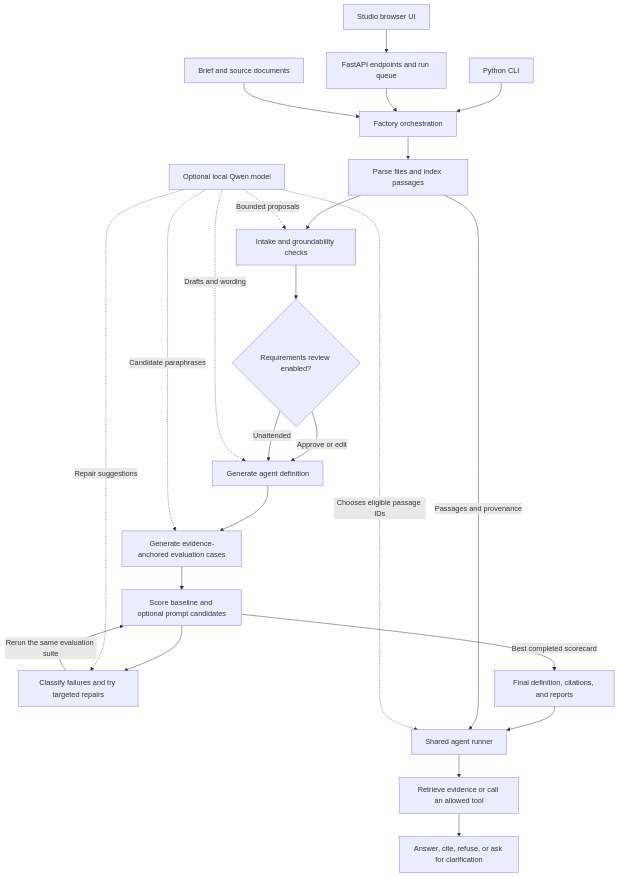
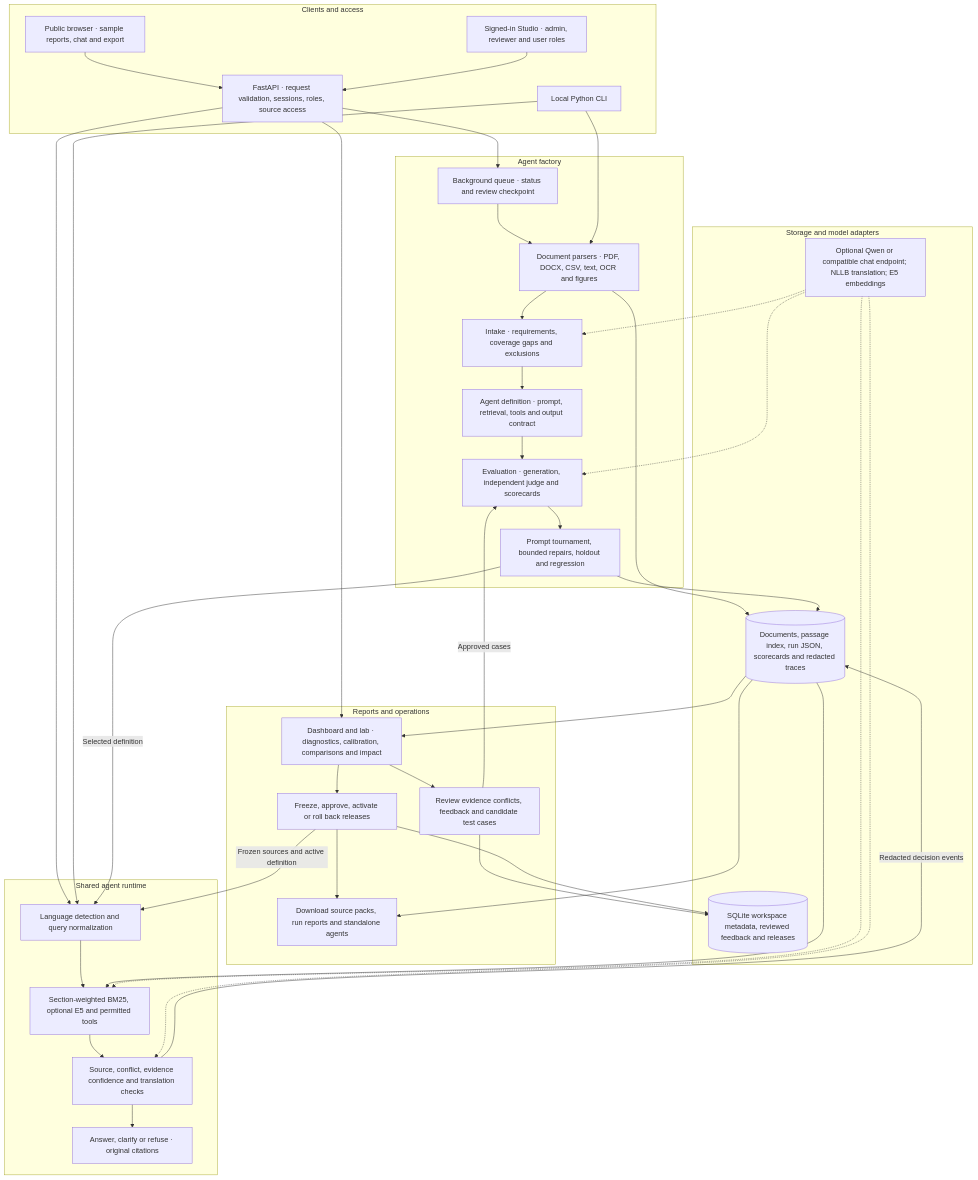
Before and after one commit to SrijanSingh2006/Ocean-AI-Assignment-ForgeAI: the first of 3 diagrams in README.md, drawn with Mermaid. The commit also changed other lines of this file and 49 other files, not shown here.

Commit message:
Streamline the ForgeAI submission and document the architecture

````diff
--- a/README.md
+++ b/README.md
@@ -95,26 +51,65 @@
-```mermaid
+~~~mermaid
 flowchart TB
-    U["Studio browser UI"] --> W["FastAPI endpoints and run queue"]
-    C["Python CLI"] --> F
-    W --> F["Factory orchestration"]
-    X["Brief and source documents"] --> F
-    F --> I["Parse files and index passages"]
-    I --> R["Intake and groundability checks"]
-    R --> H{"Requirements review enabled?"}
-    H -->|Approve or edit| D["Generate agent definition"]
-    H -->|Unattended| D
-    D --> E["Generate evidence-anchored evaluation cases"]
-    E --> J["Score baseline and optional prompt candidates"]
-    J --> P["Classify failures and try targeted repairs"]
-    P -->|Rerun the same evaluation suite| J
-    J -->|Best completed scorecard| A["Final definition, citations, and reports"]
-    A --> G["Shared agent runner"]
-    I -->|Passages and provenance| G
-    G --> T["Retrieve evidence or call an allowed tool"]
-    T --> Q["Answer, cite, refuse, or ask for clarification"]
-    M["Optional local Qwen model"] -.->|Bounded proposals| R
-    M -.->|Drafts and wording| D
-    M -.->|Candidate paraphrases| E
-    M -.->|Repair suggestions| P
-    M -.->|Chooses eligible passage IDs| G
-```
+    subgraph Access["Clients and access"]
+        Guest["Public browser · sample reports, chat and export"]
+        Staff["Signed-in Studio · admin, reviewer and user roles"]
+        CLI["Local Python CLI"]
+        API["FastAPI · request validation, sessions, roles, source access"]
+        Guest --> API
+        Staff --> API
+    end
+
+    subgraph Build["Agent factory"]
+        Queue["Background queue · status and review checkpoint"]
+        Parse["Document parsers · PDF, DOCX, CSV, text, OCR and figures"]
+        Intake["Intake · requirements, coverage gaps and exclusions"]
+        Definition["Agent definition · prompt, retrieval, tools and output contract"]
+        Eval["Evaluation · generation, independent judge and scorecards"]
+        Repair["Prompt tournament, bounded repairs, holdout and regression"]
+        Queue --> Parse --> Intake --> Definition --> Eval --> Repair
+    end
+
+    subgraph Chat["Shared agent runtime"]
+        Language["Language detection and query normalization"]
+        Search["Section-weighted BM25, optional E5 and permitted tools"]
+        Verify["Source, conflict, evidence confidence and translation checks"]
+        Reply["Answer, clarify or refuse · original citations"]
+        Language --> Search --> Verify --> Reply
+    end
+
+    subgraph Ops["Reports and operations"]
+        Lab["Dashboard and lab · diagnostics, calibration, comparisons and impact"]
+        Review["Review evidence conflicts, feedback and candidate test cases"]
+        Release["Freeze, approve, activate or roll back releases"]
+        Export["Download source packs, run reports and standalone agents"]
+        Lab --> Review
+        Lab --> Release --> Export
+    end
+
+    subgraph Data["Storage and model adapters"]
+        Runs[("Documents, passage index, run JSON, scorecards and redacted traces")]
+        DB[("SQLite workspace metadata, reviewed feedback and releases")]
+        Models["Optional Qwen or compatible chat endpoint; NLLB translation; E5 embeddings"]
+    end
+
+    API --> Queue
+    API --> Language
+    API --> Lab
+    CLI --> Parse
+    CLI --> Language
+    Parse --> Runs
+    Repair --> Runs
+    Repair -->|Selected definition| Language
+    Runs --> Search
+    Verify -->|Redacted decision events| Runs
+    Review --> DB
+    Review -->|Approved cases| Eval
+    Release --> DB
+    Release -->|Frozen sources and active definition| Language
+    Runs --> Lab
+    Runs --> Export
+    Models -.-> Intake
+    Models -.-> Eval
+    Models -.-> Search
+    Models -.-> Verify
+~~~
````
